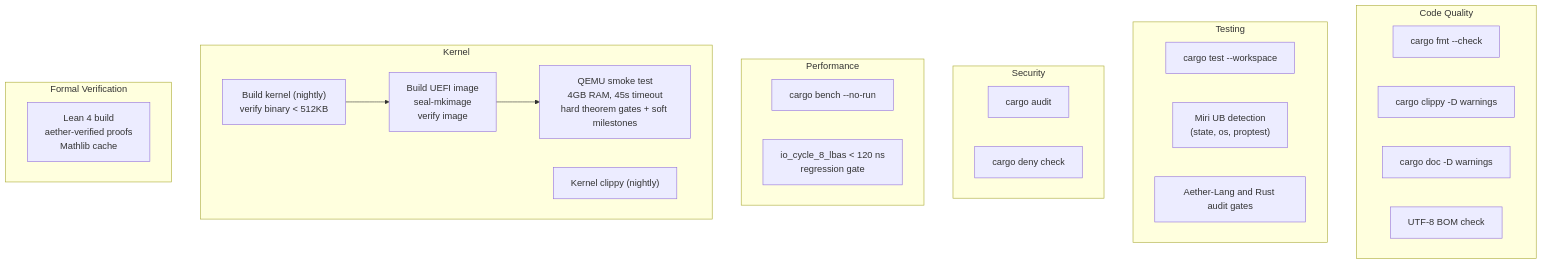
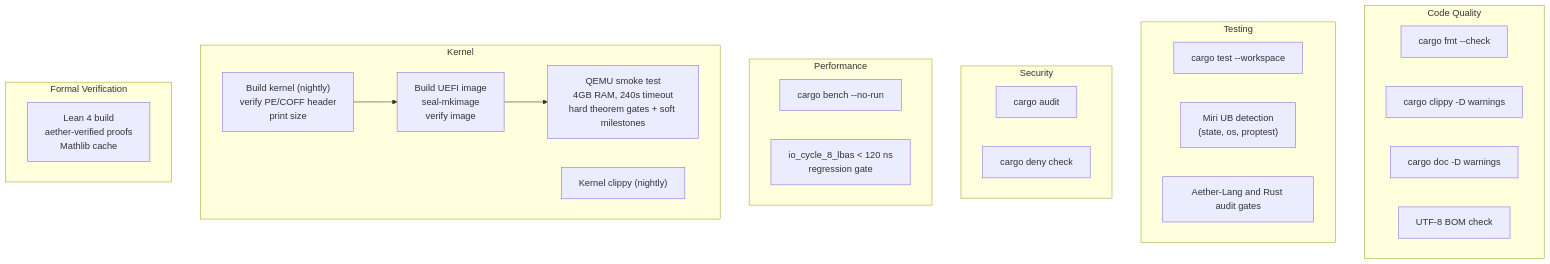
Diagram 18 of 18 in README.md (teerthsharma/Epsilon-Hollow), drawn with Mermaid before and after one commit. The commit also changed other lines of this file and 110 other files, not shown here.

````diff
--- a/README.md
+++ b/README.md
@@ -1224,38 +1316,38 @@
 ```mermaid
 graph TD
-    subgraph "Code Quality"
+    subgraph SG63["Code Quality"]
         FMT["cargo fmt --check"]
         CLIPPY["cargo clippy -D warnings"]
         DOCS["cargo doc -D warnings"]
         BOM["UTF-8 BOM check"]
     end
 
-    subgraph "Testing"
+    subgraph SG64["Testing"]
         TEST["cargo test --workspace"]
         MIRI["Miri UB detection<br/>(state, os, proptest)"]
         AETHER_CI["Aether-Lang and Rust audit gates"]
     end
 
-    subgraph "Security"
+    subgraph SG65["Security"]
         AUDIT["cargo audit"]
         DENY["cargo deny check"]
     end
 
-    subgraph "Performance"
+    subgraph SG66["Performance"]
         BENCH_COMPILE["cargo bench --no-run"]
-        BENCH_GATE["io_cycle_8_lbas < 120 ns<br/>regression gate"]
+        BENCH_GATE["io_cycle_8_lbas &lt; 120 ns<br/>regression gate"]
     end
 
-    subgraph "Kernel"
-        KBUILD["Build kernel (nightly)<br/>verify binary < 512KB"]
+    subgraph SG67["Kernel"]
+        KBUILD["Build kernel (nightly)<br/>verify PE/COFF header<br/>print size"]
         KCLIPPY["Kernel clippy (nightly)"]
         KISO["Build UEFI image<br/>seal-mkimage<br/>verify image"]
-        KQEMU["QEMU smoke test<br/>4GB RAM, 45s timeout<br/>hard theorem gates + soft milestones"]
+        KQEMU["QEMU smoke test<br/>4GB RAM, 240s timeout<br/>hard theorem gates + soft milestones"]
     end
 
-    subgraph "Formal Verification"
+    subgraph SG68["Formal Verification"]
         LEAN["Lean 4 build<br/>aether-verified proofs<br/>Mathlib cache"]
     end
 
     KBUILD --> KISO --> KQEMU
 ```
````
